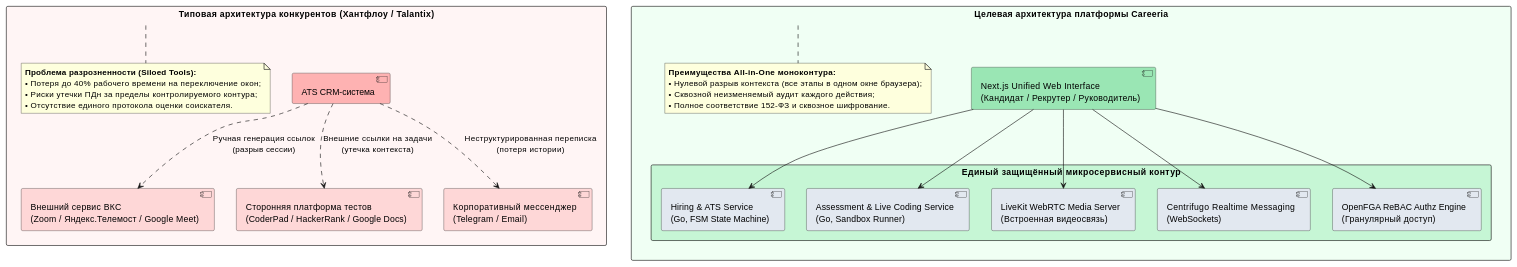
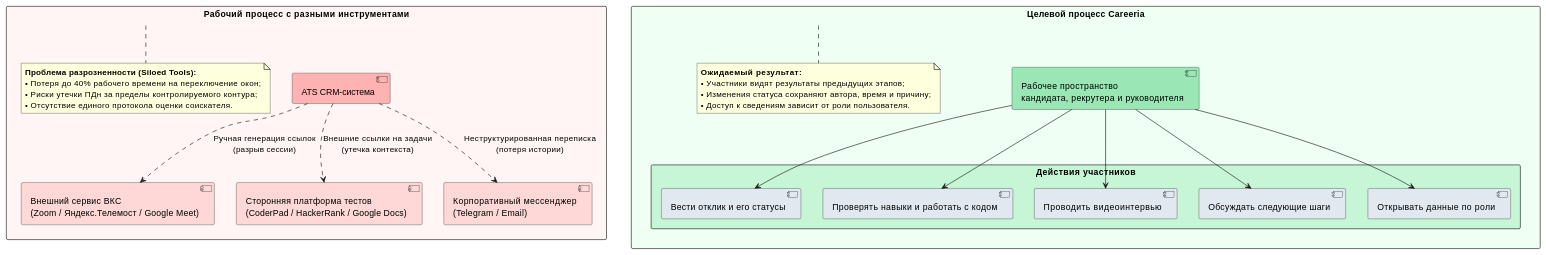
The third of 5 diagrams in docs/project/01-general/05-analogs-analysis.md (krackl1n/careeria), drawn with PlantUML before and after one commit. The commit also changed other lines of this file and 37 other files, not shown here.

````diff
--- a/docs/project/01-general/05-analogs-analysis.md
+++ b/docs/project/01-general/05-analogs-analysis.md
@@ -189,45 +191,45 @@
 ```plantuml
 @startuml
 skinparam componentStyle uml2
 skinparam packageStyle rectangle
 
-package "Типовая архитектура конкурентов (Хантфлоу / Talantix)" as CompetitorArch #FFF5F5 {
+package "Рабочий процесс с разными инструментами" as CompetitorArch #FFF5F5 {
   [ATS CRM-система] as ATSComp #FEB2B2
   [Внешний сервис ВКС\n(Zoom / Яндекс.Телемост / Google Meet)] as ZoomComp #FED7D7
   [Сторонняя платформа тестов\n(CoderPad / HackerRank / Google Docs)] as CodeComp #FED7D7
   [Корпоративный мессенджер\n(Telegram / Email)] as MessComp #FED7D7
 
   ATSComp ..> ZoomComp : Ручная генерация ссылок\n(разрыв сессии)
   ATSComp ..> CodeComp : Внешние ссылки на задачи\n(утечка контекста)
   ATSComp ..> MessComp : Неструктурированная переписка\n(потеря истории)
   note bottom of CompetitorArch
     **Проблема разрозненности (Siloed Tools):**
     • Потеря до 40% рабочего времени на переключение окон;
     • Риски утечки ПДн за пределы контролируемого контура;
     • Отсутствие единого протокола оценки соискателя.
   end note
 }
 
-package "Целевая архитектура платформы Careeria" as CareeriaArch #F0FFF4 {
-  [Next.js Unified Web Interface\n(Кандидат / Рекрутер / Руководитель)] as WebUI #9AE6B4
-  package "Единый защищённый микросервисный контур" as Core #C6F6D5 {
-    [Hiring & ATS Service\n(Go, FSM State Machine)] as ATSCore #E2E8F0
-    [Assessment & Live Coding Service\n(Go, Sandbox Runner)] as CodeCore #E2E8F0
-    [LiveKit WebRTC Media Server\n(Встроенная видеосвязь)] as MediaCore #E2E8F0
-    [Centrifugo Realtime Messaging\n(WebSockets)] as ChatCore #E2E8F0
-    [OpenFGA ReBAC Authz Engine\n(Гранулярный доступ)] as AuthzCore #E2E8F0
+package "Целевой процесс Careeria" as CareeriaArch #F0FFF4 {
+  [Рабочее пространство\nкандидата, рекрутера и руководителя] as WebUI #9AE6B4
+  package "Действия участников" as Core #C6F6D5 {
+    [Вести отклик и его статусы] as ATSCore #E2E8F0
+    [Проверять навыки и работать с кодом] as CodeCore #E2E8F0
+    [Проводить видеоинтервью] as MediaCore #E2E8F0
+    [Обсуждать следующие шаги] as ChatCore #E2E8F0
+    [Открывать данные по роли] as AuthzCore #E2E8F0
   }
   WebUI --> ATSCore
   WebUI --> CodeCore
   WebUI --> MediaCore
   WebUI --> ChatCore
   WebUI --> AuthzCore
   note bottom of CareeriaArch
-    **Преимущества All-in-One моноконтура:**
-    • Нулевой разрыв контекста (все этапы в одном окне браузера);
-    • Сквозной неизменяемый аудит каждого действия;
-    • Полное соответствие 152-ФЗ и сквозное шифрование.
+    **Ожидаемый результат:**
+    • Участники видят результаты предыдущих этапов;
+    • Изменения статуса сохраняют автора, время и причину;
+    • Доступ к сведениям зависит от роли пользователя.
   end note
 }
 @enduml
 ```
````
